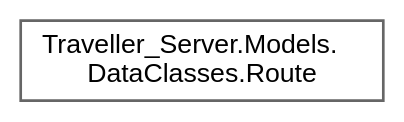
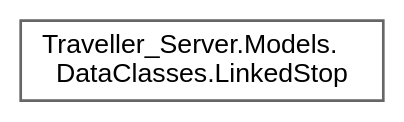
The diagram in Servidor/inherit_graph_32.dot (VenelinArgirov/manual-tecnico.github.io), drawn with Graphviz before and after one commit. The commit also changed 998 other files, not shown here.

```diff
--- a/Servidor/inherit_graph_32.dot
+++ b/Servidor/inherit_graph_32.dot
@@ -1,9 +1,9 @@
 digraph "Graphical Class Hierarchy"
 {
  // LATEX_PDF_SIZE
   bgcolor="transparent";
   edge [fontname=Helvetica,fontsize=10,labelfontname=Helvetica,labelfontsize=10];
   node [fontname=Helvetica,fontsize=10,shape=box,height=0.2,width=0.4];
   rankdir="LR";
-  Node0 [label="Traveller_Server.Models.\lDataClasses.Route",height=0.2,width=0.4,color="grey40", fillcolor="white", style="filled",URL="$class_traveller___server_1_1_models_1_1_data_classes_1_1_route.html",tooltip="Data class of a route. Represents a route in which a transport goes from A to B while stopping multip..."];
+  Node0 [label="Traveller_Server.Models.\lDataClasses.LinkedStop",height=0.2,width=0.4,color="grey40", fillcolor="white", style="filled",URL="$class_traveller___server_1_1_models_1_1_data_classes_1_1_linked_stop.html",tooltip="Class to connect stops to routes and give them a time associated. Represents the time where the trans..."];
 }
```
